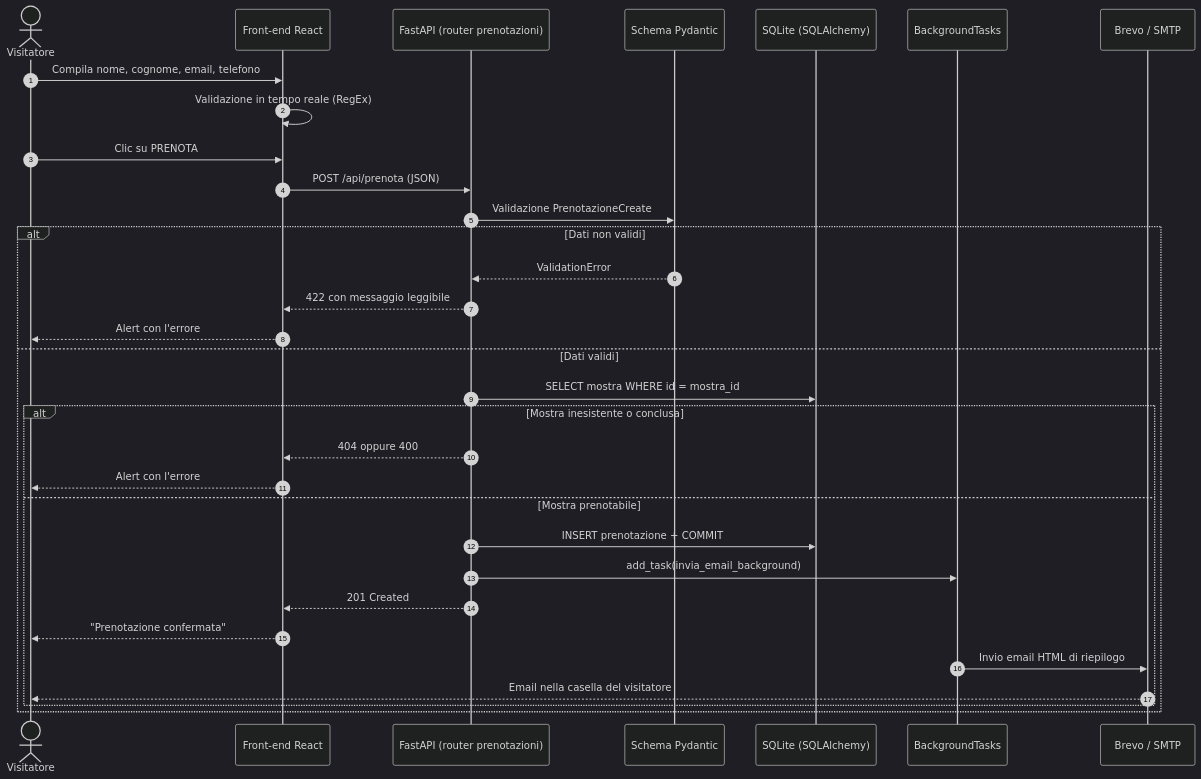
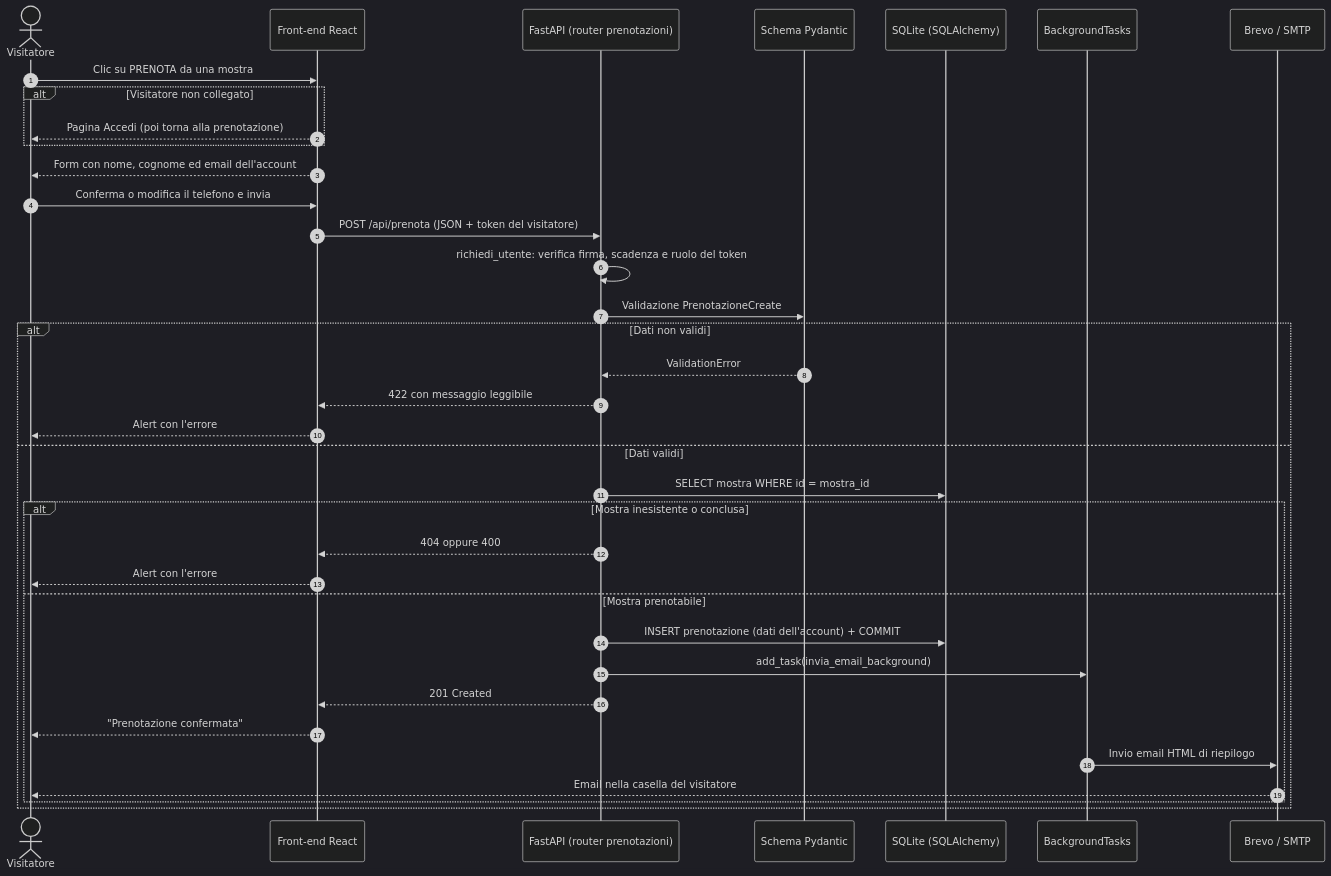
The seventh of 8 diagrams in DOCUMENTATION.md (reverserob/museo-digitale-pw), drawn with Mermaid (dark theme) before and after one commit. The commit also changed other lines of this file and 42 other files, not shown here.

````diff
--- a/DOCUMENTATION.md
+++ b/DOCUMENTATION.md
@@ -393,35 +431,39 @@
 ```mermaid
 sequenceDiagram
     autonumber
     actor V as Visitatore
     participant FE as Front-end React
     participant API as FastAPI (router prenotazioni)
     participant PY as Schema Pydantic
     participant DB as SQLite (SQLAlchemy)
     participant BG as BackgroundTasks
     participant EM as Brevo / SMTP
 
-    V->>FE: Compila nome, cognome, email, telefono
-    FE->>FE: Validazione in tempo reale (RegEx)
-    V->>FE: Clic su PRENOTA
-    FE->>API: POST /api/prenota (JSON)
+    V->>FE: Clic su PRENOTA da una mostra
+    alt Visitatore non collegato
+        FE-->>V: Pagina Accedi (poi torna alla prenotazione)
+    end
+    FE-->>V: Form con nome, cognome ed email dell'account
+    V->>FE: Conferma o modifica il telefono e invia
+    FE->>API: POST /api/prenota (JSON + token del visitatore)
+    API->>API: richiedi_utente: verifica firma, scadenza e ruolo del token
     API->>PY: Validazione PrenotazioneCreate
     alt Dati non validi
         PY-->>API: ValidationError
         API-->>FE: 422 con messaggio leggibile
         FE-->>V: Alert con l'errore
     else Dati validi
         API->>DB: SELECT mostra WHERE id = mostra_id
         alt Mostra inesistente o conclusa
             API-->>FE: 404 oppure 400
             FE-->>V: Alert con l'errore
         else Mostra prenotabile
-            API->>DB: INSERT prenotazione + COMMIT
+            API->>DB: INSERT prenotazione (dati dell'account) + COMMIT
             API->>BG: add_task(invia_email_background)
             API-->>FE: 201 Created
             FE-->>V: "Prenotazione confermata"
             BG->>EM: Invio email HTML di riepilogo
             EM-->>V: Email nella casella del visitatore
         end
     end
 ```
````
